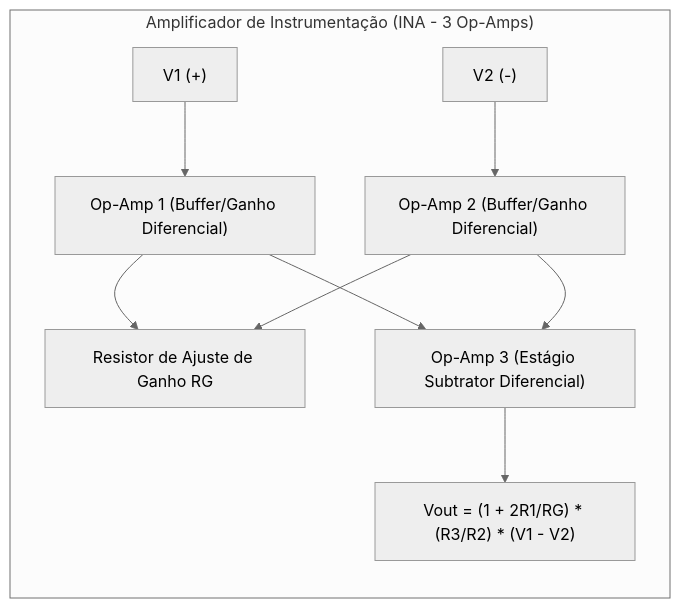
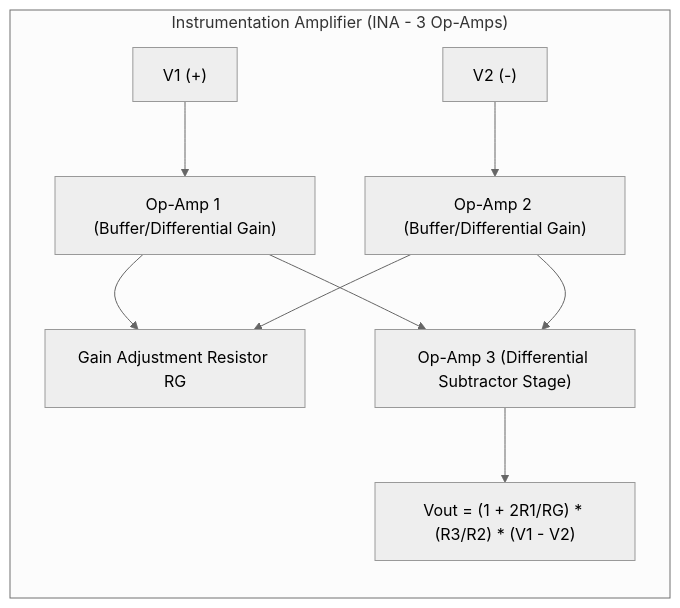
Before and after one commit to dandgabr/Coacus: the diagram in knowledge/skills/domains/academic/academic-circuit-analysis-electronics/SKILL.md, drawn with Mermaid (neutral theme). The commit also changed 143 other files, not shown here.

````diff
--- a/knowledge/skills/domains/academic/academic-circuit-analysis-electronics/SKILL.md
+++ b/knowledge/skills/domains/academic/academic-circuit-analysis-electronics/SKILL.md
@@ -63,10 +63,10 @@
 ```mermaid
 flowchart LR
-    subgraph OpAmp["Amplificador de Instrumentação (INA - 3 Op-Amps)"]
-        IN1["V1 (+)"] --> OP1["Op-Amp 1 (Buffer/Ganho Diferencial)"]
-        IN2["V2 (-)"] --> OP2["Op-Amp 2 (Buffer/Ganho Diferencial)"]
-        OP1 & OP2 --> RG["Resistor de Ajuste de Ganho RG"]
-        OP1 & OP2 --> OP3["Op-Amp 3 (Estágio Subtrator Diferencial)"]
+    subgraph OpAmp["Instrumentation Amplifier (INA - 3 Op-Amps)"]
+        IN1["V1 (+)"] --> OP1["Op-Amp 1 (Buffer/Differential Gain)"]
+        IN2["V2 (-)"] --> OP2["Op-Amp 2 (Buffer/Differential Gain)"]
+        OP1 & OP2 --> RG["Gain Adjustment Resistor RG"]
+        OP1 & OP2 --> OP3["Op-Amp 3 (Differential Subtractor Stage)"]
         OP3 --> VOUT["Vout = (1 + 2R1/RG) * (R3/R2) * (V1 - V2)"]
     end
 ```
````
